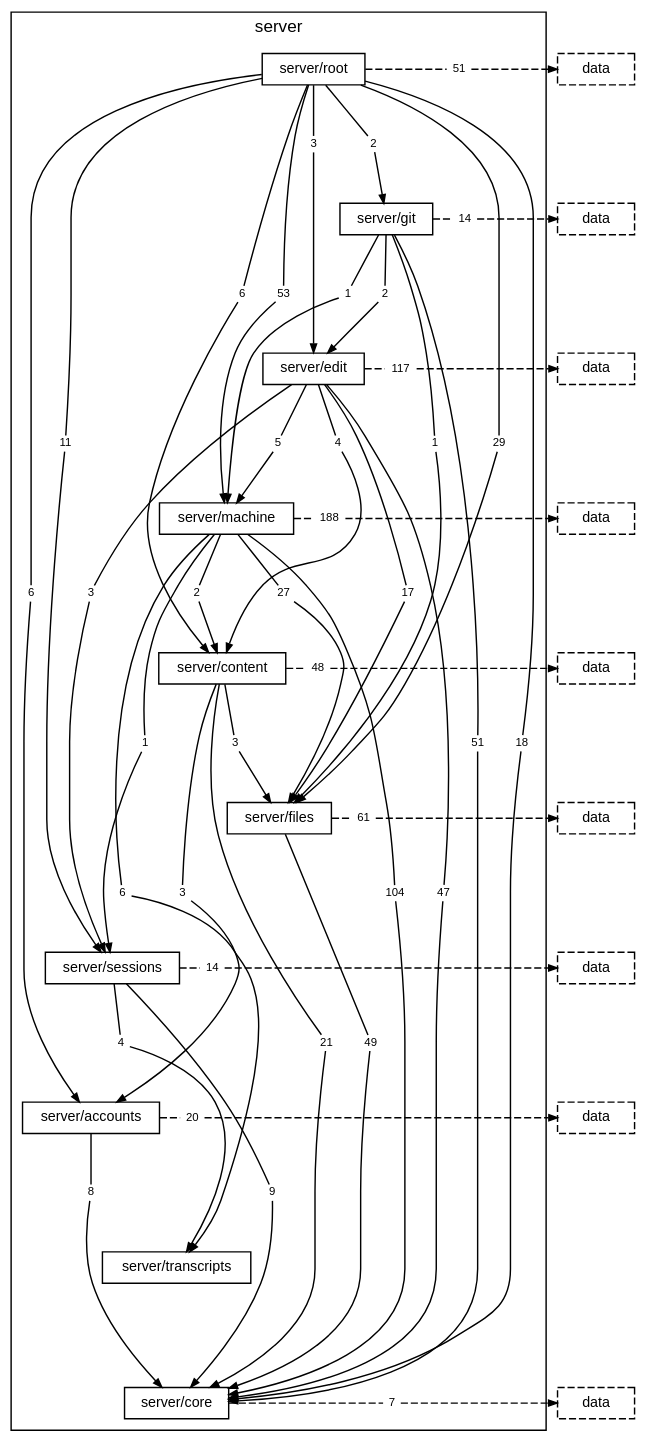
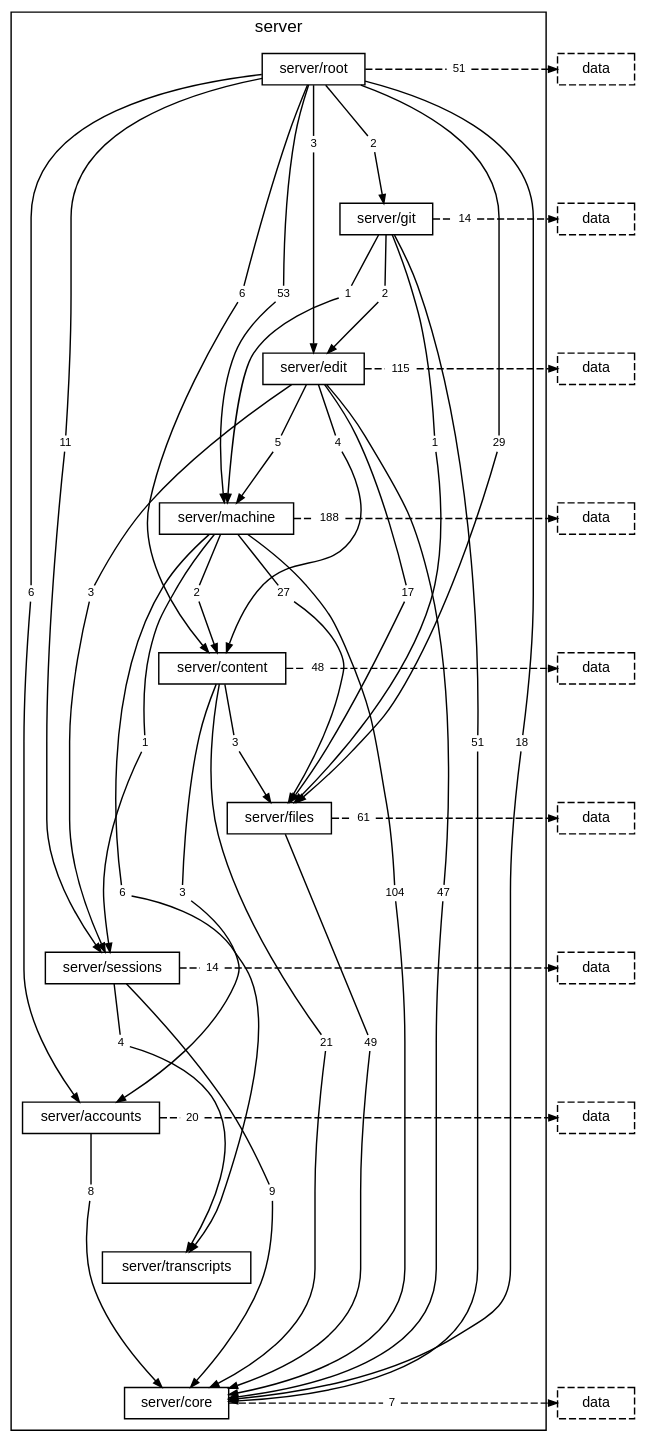
The diagram in docs/diagrams/layer-server.dot (TheAxeC/oculus), drawn with Graphviz before and after one commit. The commit also changed 73 other files, not shown here.

```diff
--- a/docs/diagrams/layer-server.dot
+++ b/docs/diagrams/layer-server.dot
@@ -33,7 +33,7 @@
         "folder server/edit to folder server/files" [label="17", shape=box, color="transparent", fontsize=8, width=0, height=0, margin="0.04,0.02"];
         "folder server/edit to folder server/machine" [label="5", shape=box, color="transparent", fontsize=8, width=0, height=0, margin="0.04,0.02"];
         "folder server/edit to folder server/sessions" [label="3", shape=box, color="transparent", fontsize=8, width=0, height=0, margin="0.04,0.02"];
-        "folder server/edit to layer data" [label="117", shape=box, color="transparent", fontsize=8, width=0, height=0, margin="0.04,0.02"];
+        "folder server/edit to layer data" [label="115", shape=box, color="transparent", fontsize=8, width=0, height=0, margin="0.04,0.02"];
         "folder server/machine to folder server/content" [label="2", shape=box, color="transparent", fontsize=8, width=0, height=0, margin="0.04,0.02"];
         "folder server/machine to folder server/core" [label="104", shape=box, color="transparent", fontsize=8, width=0, height=0, margin="0.04,0.02"];
         "folder server/machine to folder server/files" [label="27", shape=box, color="transparent", fontsize=8, width=0, height=0, margin="0.04,0.02"];
```
